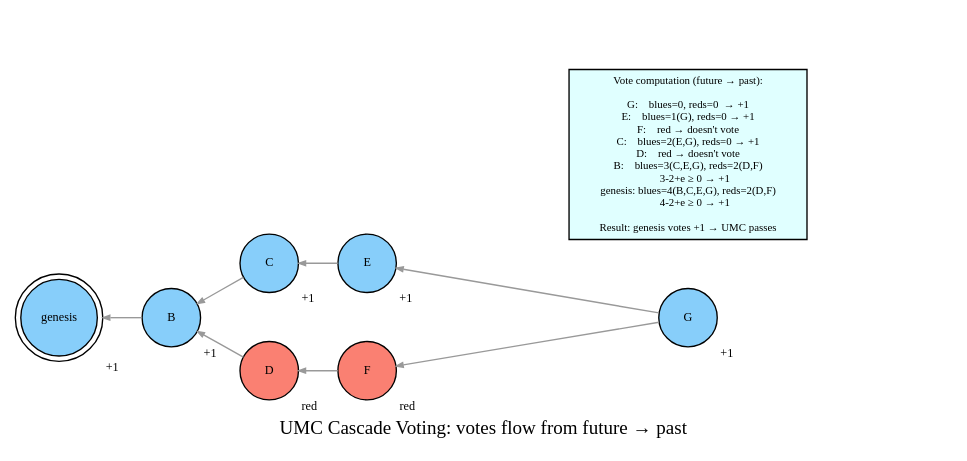
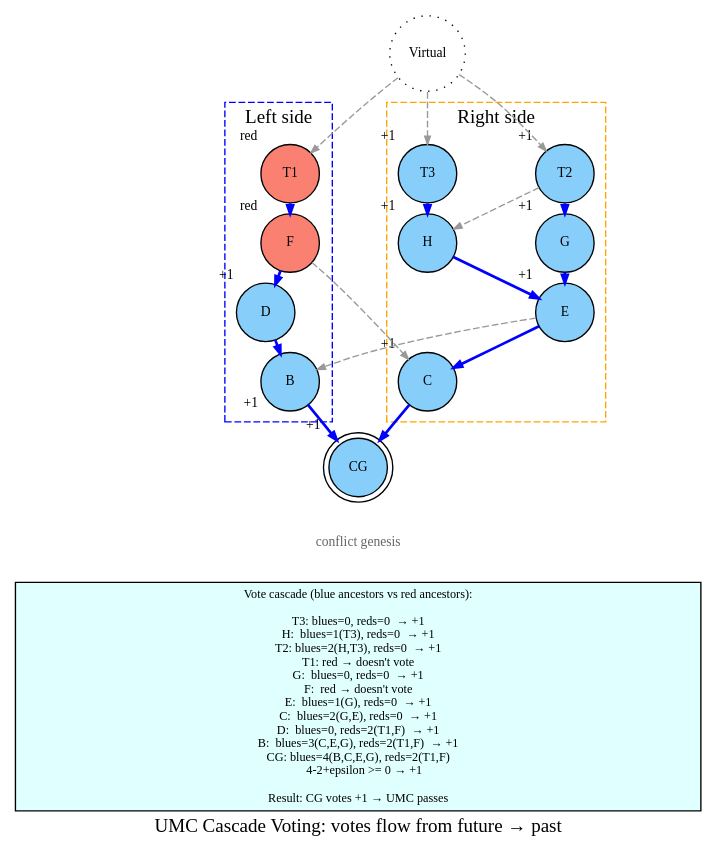
Before and after one commit to coderofstuff/dk-wiki: the diagram in dot/08-umc-cascade.dot, drawn with Graphviz. The commit also changed 12 other files, not shown here.

Commit message:
Initial better images based on standard graph

```diff
--- a/dot/08-umc-cascade.dot
+++ b/dot/08-umc-cascade.dot
@@ -1,31 +1,67 @@
 digraph umc_cascade_example {
-    rankdir=RL;
-    nodesep=0.5;
-    ranksep=0.4;
-    node [shape=circle, style=filled, fontsize=9, width=0.6, height=0.6];
-    edge [arrowsize=0.5, color=gray60];
+    rankdir=TB;
+    nodesep=0.8;
+    ranksep=0.1;
+    node [shape=circle, style=filled, fontsize=10, width=0.6, height=0.6];
+    edge [arrowsize=0.6, color=gray60];
 
     label="UMC Cascade Voting: votes flow from future → past";
 
-    GEN [label="genesis", fillcolor=lightskyblue, shape=doublecircle, xlabel="+1"];
-    B [label="B", fillcolor=lightskyblue, xlabel="+1"];
-    C [label="C", fillcolor=lightskyblue, xlabel="+1"];
-    D [label="D", fillcolor=salmon, xlabel="red"];
-    E [label="E", fillcolor=lightskyblue, xlabel="+1"];
-    F [label="F", fillcolor=salmon, xlabel="red"];
-    G [label="G", fillcolor=lightskyblue, xlabel="+1"];
+    CG [label="CG", fillcolor=lightskyblue, shape=doublecircle, xlabel="+1"];
 
-    // Edges point backwards (newer → older)
-    G -> E;
-    G -> F;
-    F -> D;
-    E -> C;
-    D -> B;
-    C -> B;
-    B -> GEN;
+    Virtual [label="Virtual", shape=circle, style=dotted, fillcolor=lightskyblue];
 
-    subgraph cluster_votes {
-        style=invis;
-        VOTES [label="Vote computation (future → past):\n\nG:    blues=0, reds=0  → +1\nE:    blues=1(G), reds=0 → +1\nF:    red → doesn't vote\nC:    blues=2(E,G), reds=0 → +1\nD:    red → doesn't vote\nB:    blues=3(C,E,G), reds=2(D,F)\n      3-2+e ≥ 0 → +1\ngenesis: blues=4(B,C,E,G), reds=2(D,F)\n      4-2+e ≥ 0 → +1\n\nResult: genesis votes +1 → UMC passes", shape=box, style=filled, fillcolor=lightcyan, fontsize=8];
+    subgraph cluster_left {
+        label="Left side";
+        labelloc=t;
+        style="dashed";
+        color=blue;
+        B [label="B", fillcolor=lightskyblue, xlabel="+1"];
+        D [label="D", fillcolor=lightskyblue, xlabel="+1"];
+        F [label="F", fillcolor=salmon, xlabel="red"];
+        T1 [label="T1", fillcolor=salmon, xlabel="red"];
     }
+
+    subgraph cluster_right {
+        label="Right side";
+        labelloc=t;
+        style="dashed";
+        color=orange;
+        C [label="C", fillcolor=lightskyblue, xlabel="+1"];
+        E [label="E", fillcolor=lightskyblue, xlabel="+1"];
+        G [label="G", fillcolor=lightskyblue, xlabel="+1"];
+        T2 [label="T2", fillcolor=lightskyblue, xlabel="+1"];
+        H [label="H", fillcolor=lightskyblue, xlabel="+1"];
+        T3 [label="T3", fillcolor=lightskyblue, xlabel="+1"];
+    }
+
+    CG_lbl [label="conflict genesis", shape=plaintext, style=filled, fillcolor=none, fontsize=10, fontcolor=gray40, width=0];
+
+    NOTE [label="Vote cascade (blue ancestors vs red ancestors):\n\nT3: blues=0, reds=0  → +1\nH:  blues=1(T3), reds=0  → +1\nT2: blues=2(H,T3), reds=0  → +1\nT1: red → doesn't vote\nG:  blues=0, reds=0  → +1\nF:  red → doesn't vote\nE:  blues=1(G), reds=0  → +1\nC:  blues=2(G,E), reds=0  → +1\nD:  blues=0, reds=2(T1,F)  → +1\nB:  blues=3(C,E,G), reds=2(T1,F)  → +1\nCG: blues=4(B,C,E,G), reds=2(T1,F)\n     4-2+epsilon >= 0 → +1\n\nResult: CG votes +1 → UMC passes", shape=box, style=filled, fillcolor=lightcyan, fontsize=9, width=7];
+
+    // Blue chain-parent edges
+    D -> B [color=blue, penwidth=2.0];
+    F -> D [color=blue, penwidth=2.0];
+    T1 -> F [color=blue, penwidth=2.0];
+    E -> C [color=blue, penwidth=2.0];
+    G -> E [color=blue, penwidth=2.0];
+    T2 -> G [color=blue, penwidth=2.0];
+    H -> E [color=blue, penwidth=2.0];
+    T3 -> H [color=blue, penwidth=2.0];
+
+    B -> CG [color=blue, penwidth=2.0];
+    C -> CG [color=blue, penwidth=2.0];
+
+    // Cross edges
+    T2 -> H [color=gray60, penwidth=1.0, style=dashed];
+    F -> C [color=gray60, penwidth=1.0, style=dashed];
+    E -> B [color=gray60, penwidth=1.0, style=dashed];
+
+    CG -> CG_lbl [style=invis];
+    CG_lbl -> NOTE [style=invis];
+
+    Virtual -> T1 [color=gray60, penwidth=1.0, style=dashed];
+    Virtual -> T2 [color=gray60, penwidth=1.0, style=dashed];
+    Virtual -> T3 [color=gray60, penwidth=1.0, style=dashed];
+
 }
```
